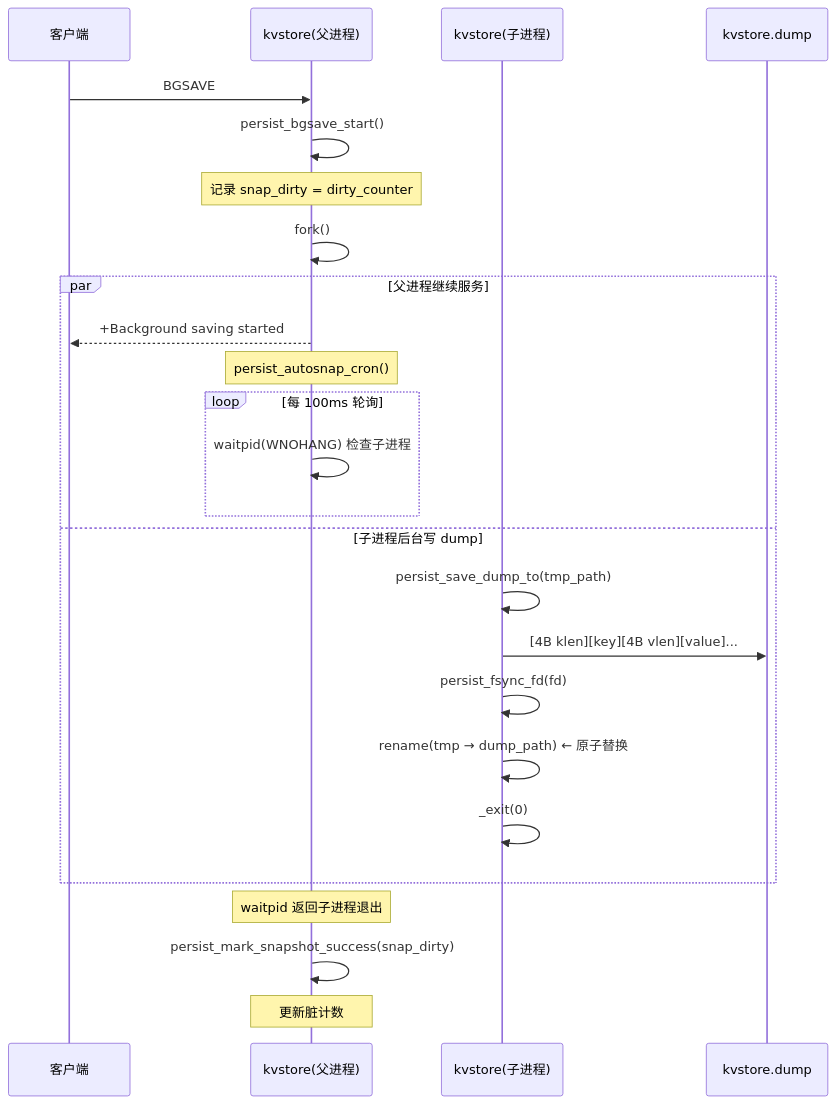
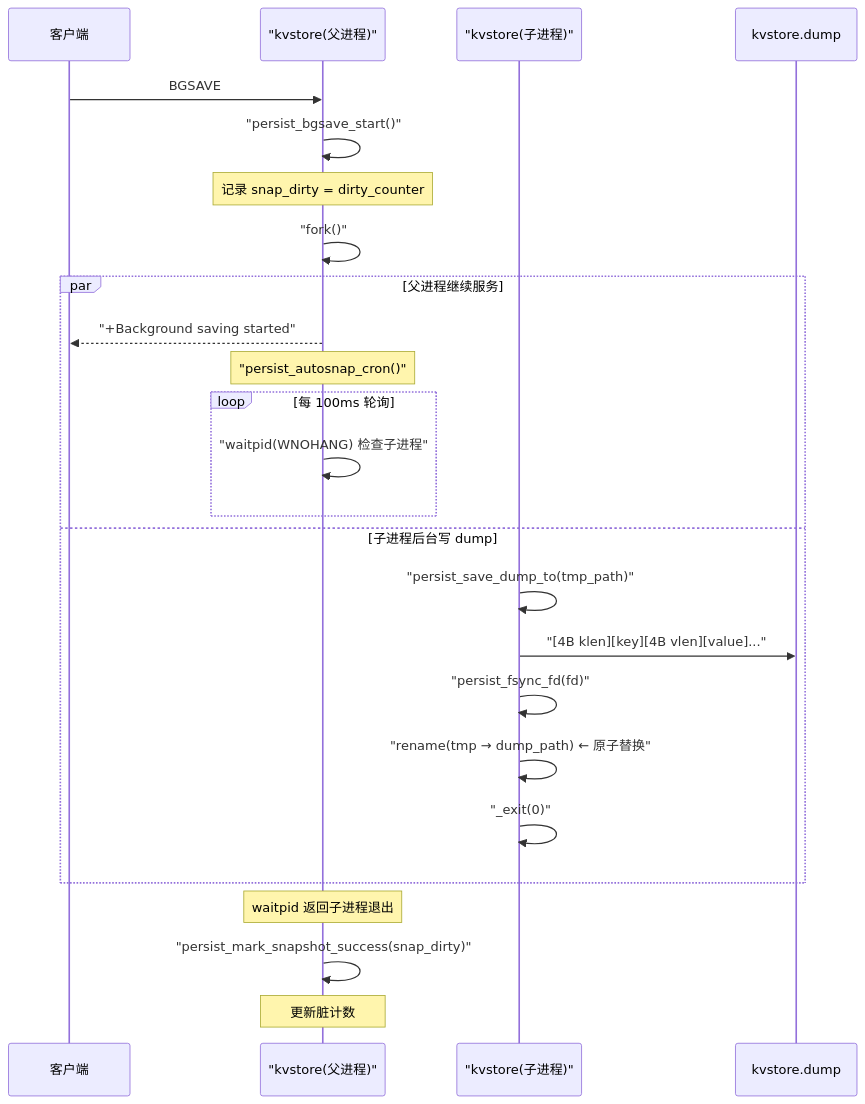
Before and after one commit to robotlover-1/kvstore: the ninth of 15 diagrams in README.md, drawn with Mermaid. The commit also changed other lines of this file, not shown here.

First line of the commit message:
docs: 修复 mermaid sequence diagram 特殊字符渲染

````diff
--- a/README.md
+++ b/README.md
@@ -1732,30 +1732,30 @@
 ```mermaid
 sequenceDiagram
     participant C as 客户端
-    participant K as kvstore(父进程)
-    participant CH as kvstore(子进程)
+    participant K as "kvstore(父进程)"
+    participant CH as "kvstore(子进程)"
     participant F as kvstore.dump
 
     C->>K: BGSAVE
-    K->>K: persist_bgsave_start()
+    K->>K: "persist_bgsave_start()"
     Note over K: 记录 snap_dirty = dirty_counter
-    K->>K: fork()
+    K->>K: "fork()"
 
     par 父进程继续服务
-        K-->>C: +Background saving started
-        Note over K: persist_autosnap_cron()
+        K-->>C: "+Background saving started"
+        Note over K: "persist_autosnap_cron()"
         loop 每 100ms 轮询
-            K->>K: waitpid(WNOHANG) 检查子进程
+            K->>K: "waitpid(WNOHANG) 检查子进程"
         end
     and 子进程后台写 dump
-        CH->>CH: persist_save_dump_to(tmp_path)
-        CH->>F: [4B klen][key][4B vlen][value]...
-        CH->>CH: persist_fsync_fd(fd)
-        CH->>CH: rename(tmp → dump_path)  ← 原子替换
-        CH->>CH: _exit(0)
+        CH->>CH: "persist_save_dump_to(tmp_path)"
+        CH->>F: "[4B klen][key][4B vlen][value]..."
+        CH->>CH: "persist_fsync_fd(fd)"
+        CH->>CH: "rename(tmp → dump_path)  ← 原子替换"
+        CH->>CH: "_exit(0)"
     end
 
     Note over K: waitpid 返回子进程退出
-    K->>K: persist_mark_snapshot_success(snap_dirty)
+    K->>K: "persist_mark_snapshot_success(snap_dirty)"
     Note over K: 更新脏计数
 ```
````
